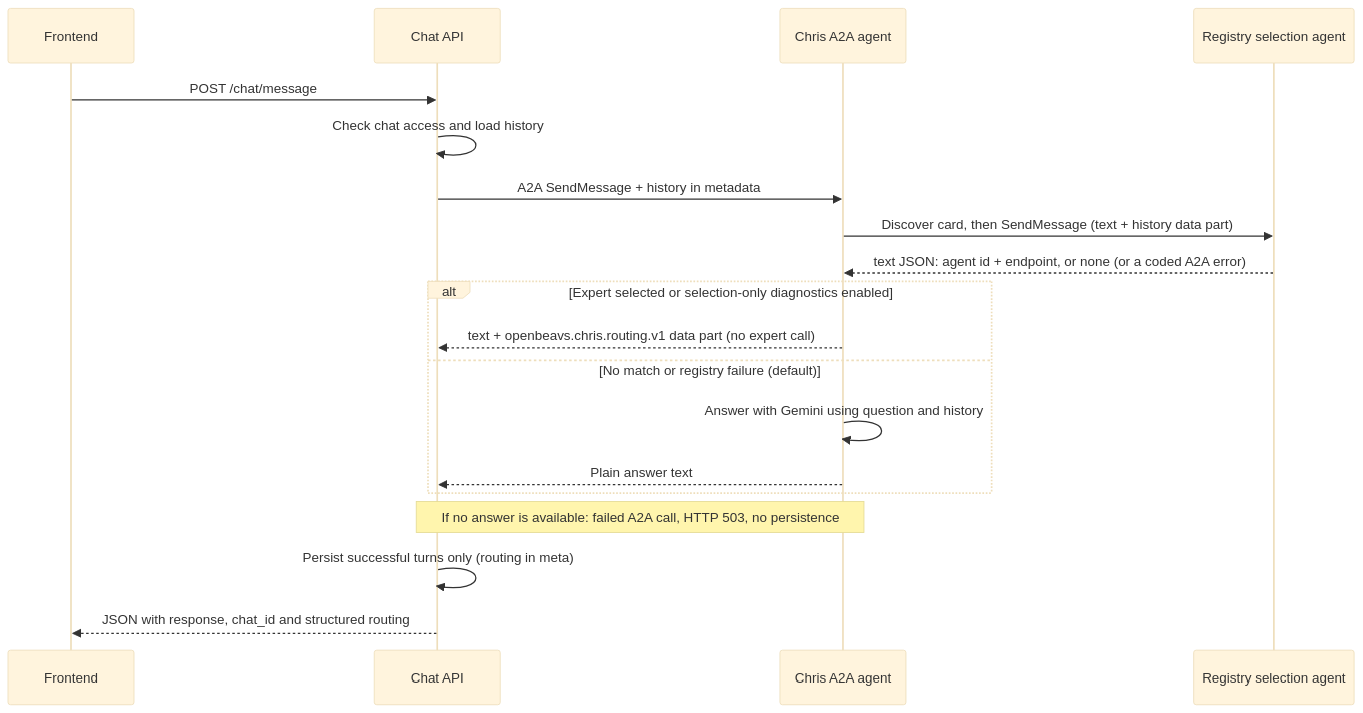
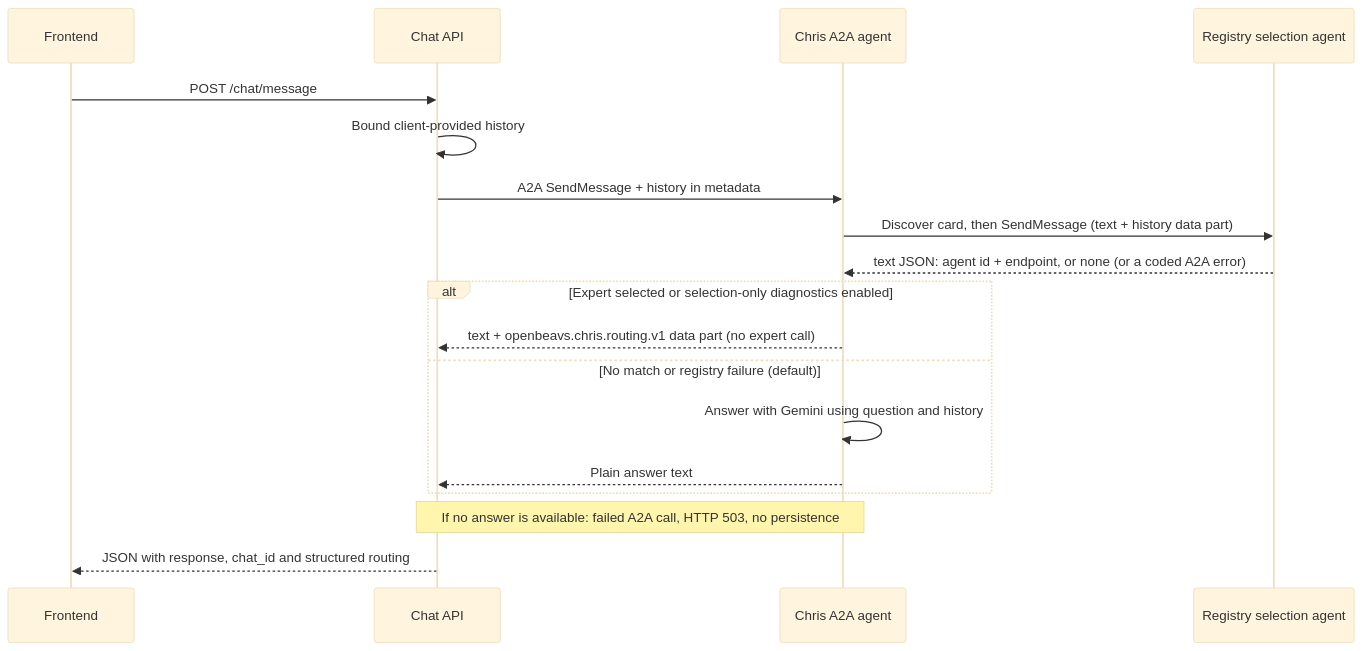
The diagram in docs/chris.md (OpenBeavs/OpenBeavsV2), drawn with Mermaid (base theme) before and after one commit. The commit also changed other lines of this file and 16 other files, not shown here.

````diff
--- a/docs/chris.md
+++ b/docs/chris.md
@@ -15,21 +15,20 @@
 ```mermaid
 sequenceDiagram
     participant UI as Frontend
     participant Chat as Chat API
     participant Chris as Chris A2A agent
     participant Registry as Registry selection agent
     UI->>Chat: POST /chat/message
-    Chat->>Chat: Check chat access and load history
+    Chat->>Chat: Bound client-provided history
     Chat->>Chris: A2A SendMessage + history in metadata
     Chris->>Registry: Discover card, then SendMessage (text + history data part)
     Registry-->>Chris: text JSON: agent id + endpoint, or none (or a coded A2A error)
     alt Expert selected or selection-only diagnostics enabled
         Chris-->>Chat: text + openbeavs.chris.routing.v1 data part (no expert call)
     else No match or registry failure (default)
         Chris->>Chris: Answer with Gemini using question and history
         Chris-->>Chat: Plain answer text
     end
     Note over Chris,Chat: If no answer is available: failed A2A call, HTTP 503, no persistence
-    Chat->>Chat: Persist successful turns only (routing in meta)
     Chat-->>UI: JSON with response, chat_id and structured routing
 ```
````
